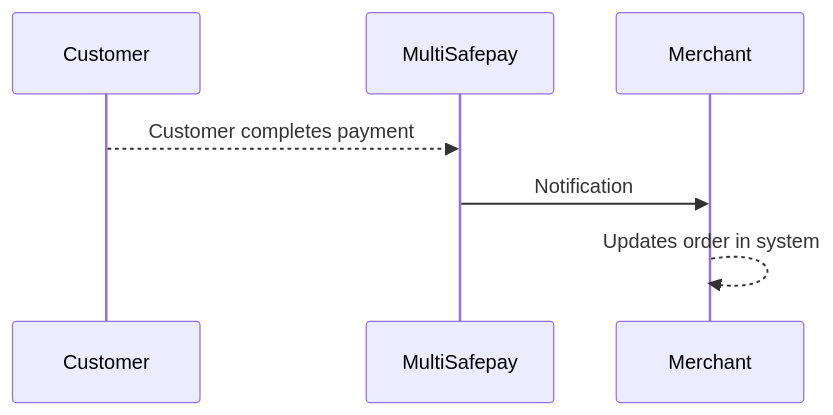
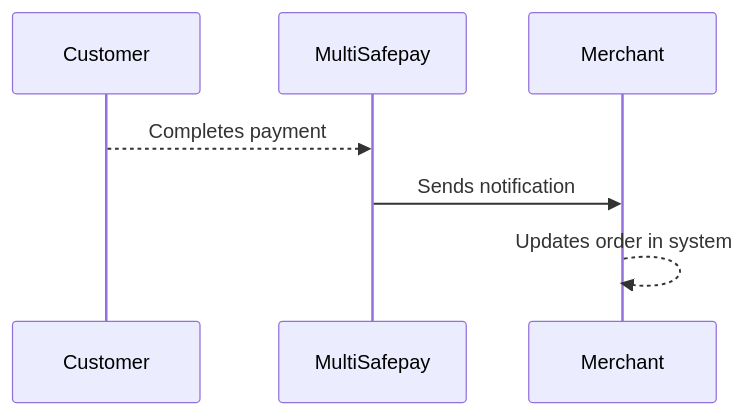
The diagram in content/developer/api/webhooks.md (MultiSafepay/docs), drawn with Mermaid before and after one commit. The commit also changed other lines of this file and 4 other files, not shown here.

```diff
--- a/content/developer/api/webhooks.md
+++ b/content/developer/api/webhooks.md
@@ -23,12 +24,12 @@
 {{< mermaid class="text-center" >}}
 
 sequenceDiagram
     participant C as Customer
     participant Mu as MultiSafepay
     participant Me as Merchant
 
-    C-->>Mu: Customer completes payment
-    Mu->>Me: Notification
+    C-->>Mu: Completes payment
+    Mu->>Me: Sends notification
     Me-->>Me: Updates order in system
 
 {{< /mermaid >}}
```
